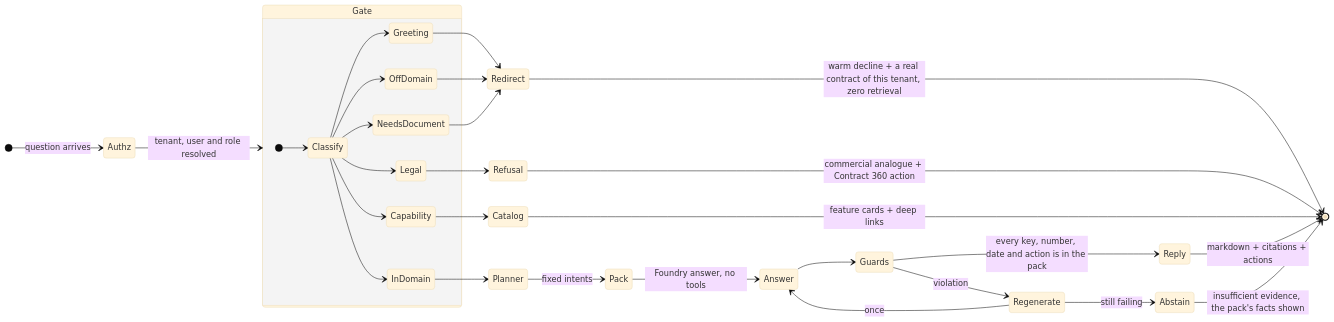
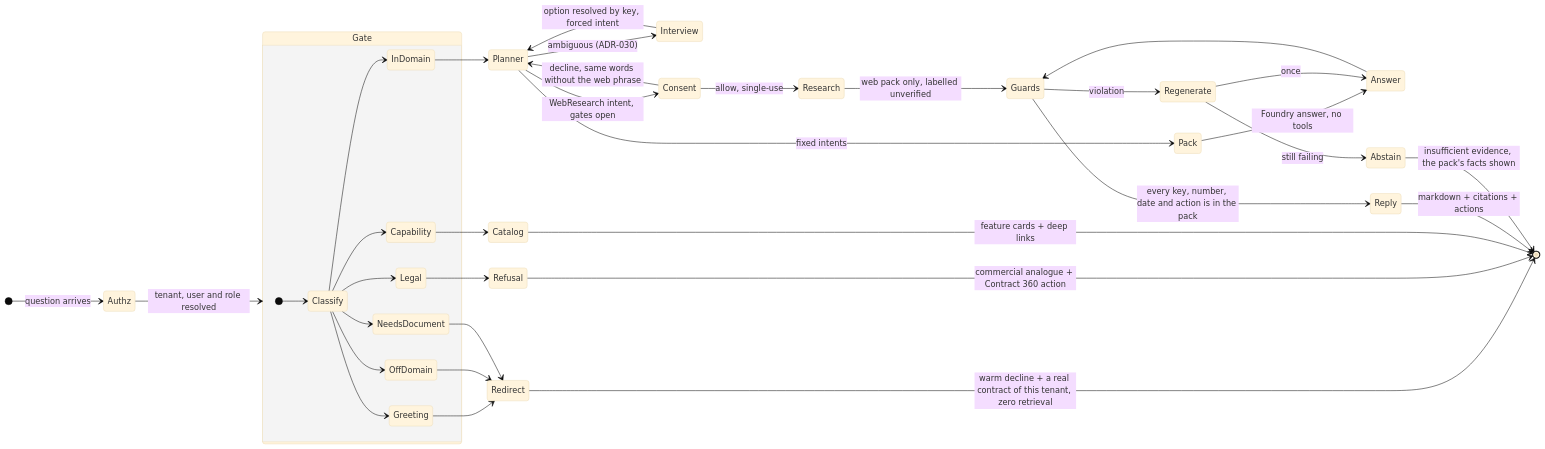
One commit to lucalamalfa91/Raffa.ai changed the fifth of 7 diagrams in docs/architecture/ask-raffa-v2-data-flow.md. Above: the diagram before and after it, drawn with Mermaid (base theme). The commit also changed other lines of this file and 109 other files, not shown here.

````diff
--- a/docs/architecture/ask-raffa-v2-data-flow.md
+++ b/docs/architecture/ask-raffa-v2-data-flow.md
@@ -291,34 +311,40 @@
 ```mermaid
 stateDiagram-v2
   direction LR
   [*] --> Authz: question arrives
   Authz --> Gate: tenant, user and role resolved
   state Gate {
     direction TB
     [*] --> Classify
     Classify --> Greeting
     Classify --> OffDomain
     Classify --> Legal
     Classify --> Capability
     Classify --> NeedsDocument
     Classify --> InDomain
   }
   Greeting --> Redirect
   OffDomain --> Redirect
   NeedsDocument --> Redirect
   Legal --> Refusal
   Capability --> Catalog
   InDomain --> Planner
+  Planner --> Interview: ambiguous (ADR-030)
+  Interview --> Planner: option resolved by key, forced intent
+  Planner --> Consent: WebResearch intent, gates open
+  Consent --> Research: allow, single-use
+  Consent --> Planner: decline, same words without the web phrase
+  Research --> Guards: web pack only, labelled unverified
   Planner --> Pack: fixed intents
   Pack --> Answer: Foundry answer, no tools
   Answer --> Guards
   Guards --> Reply: every key, number, date and action is in the pack
   Guards --> Regenerate: violation
   Regenerate --> Answer: once
   Regenerate --> Abstain: still failing
   Redirect --> [*]: warm decline + a real contract of this tenant, zero retrieval
   Refusal --> [*]: commercial analogue + Contract 360 action
   Catalog --> [*]: feature cards + deep links
   Reply --> [*]: markdown + citations + actions
   Abstain --> [*]: insufficient evidence, the pack's facts shown
 ```
````
